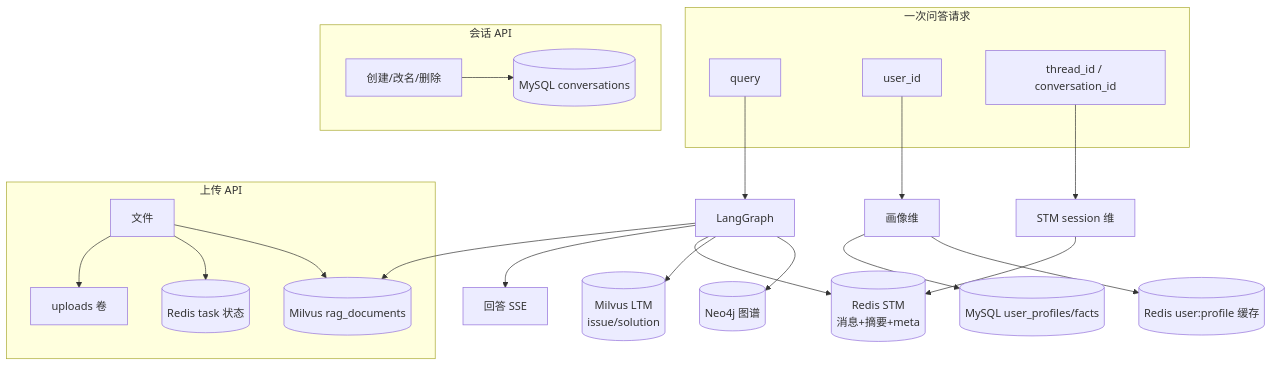
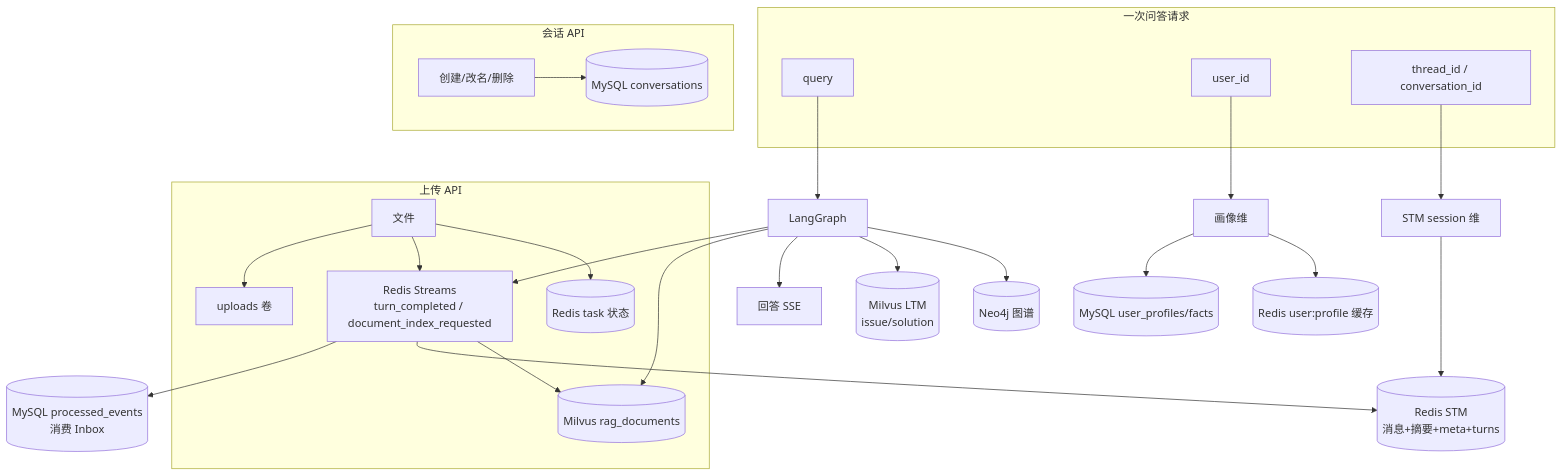
Diagram 29 of 36 in docs/modules/00-全流程图集.md (bitladykiller/-), drawn with Mermaid before and after one commit. The commit also changed other lines of this file and 19 other files, not shown here.

````diff
--- a/docs/modules/00-全流程图集.md
+++ b/docs/modules/00-全流程图集.md
@@ -960,31 +1001,34 @@
 ```mermaid
 flowchart TB
     subgraph ClientReq["一次问答请求"]
         Q[query]
         UID[user_id]
         TID[thread_id / conversation_id]
     end
 
     Q --> GRAPH[LangGraph]
     UID --> PROF[画像维]
     TID --> SESS[STM session 维]
 
     GRAPH --> ANS[回答 SSE]
-    GRAPH --> STM[(Redis STM<br/>消息+摘要+meta)]
+    GRAPH --> EVT["Redis Streams<br/>turn_completed / document_index_requested"]
+    EVT --> INBOX[(MySQL processed_events<br/>消费 Inbox)]
+    EVT --> STM[(Redis STM<br/>消息+摘要+meta+turns)]
     GRAPH --> LTM[(Milvus LTM<br/>issue/solution)]
     GRAPH --> KG[(Neo4j 图谱)]
     GRAPH --> RAG[(Milvus rag_documents)]
     PROF --> MY1[(MySQL user_profiles/facts)]
     PROF --> RC[(Redis user:profile 缓存)]
     SESS --> STM
 
     subgraph ConvAPI["会话 API"]
         C1[创建/改名/删除] --> MY2[(MySQL conversations)]
     end
 
     subgraph UpAPI["上传 API"]
         U1[文件] --> FS[uploads 卷]
+        U1 --> EVT
         U1 --> TK[(Redis task 状态)]
-        U1 --> RAG
+        EVT --> RAG
     end
 ```
````
